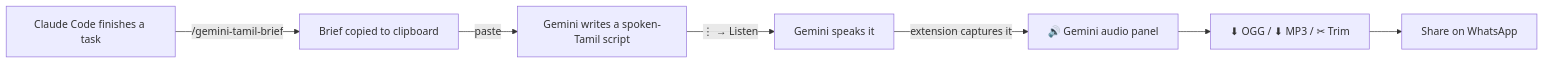
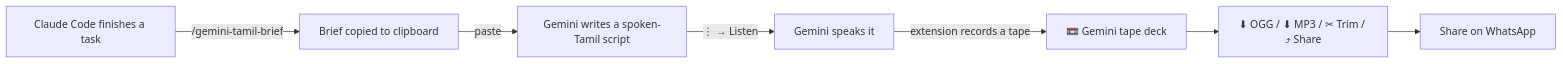
One commit to sivaezhumalai/gemini-listen-downloader changed the diagram in README.md. Above: the diagram before and after it, drawn with Mermaid. The commit also changed other lines of this file and 9 other files, not shown here.

First line of the commit message:
v2.0.0: retro cassette tape deck, library, better trimming, clean-up, share

````diff
--- a/README.md
+++ b/README.md
@@ -49,9 +51,9 @@
 ```mermaid
 flowchart LR
     A[Claude Code finishes a task] -->|/gemini-tamil-brief| B[Brief copied to clipboard]
     B -->|paste| C[Gemini writes a spoken-Tamil script]
     C -->|⋮ → Listen| D[Gemini speaks it]
-    D -->|extension captures it| E[🔊 Gemini audio panel]
-    E --> F[⬇ OGG / ⬇ MP3 / ✂ Trim]
+    D -->|extension records a tape| E[📼 Gemini tape deck]
+    E --> F[⬇ OGG / ⬇ MP3 / ✂ Trim / ⤴ Share]
     F --> G[Share on WhatsApp]
 ```
````
